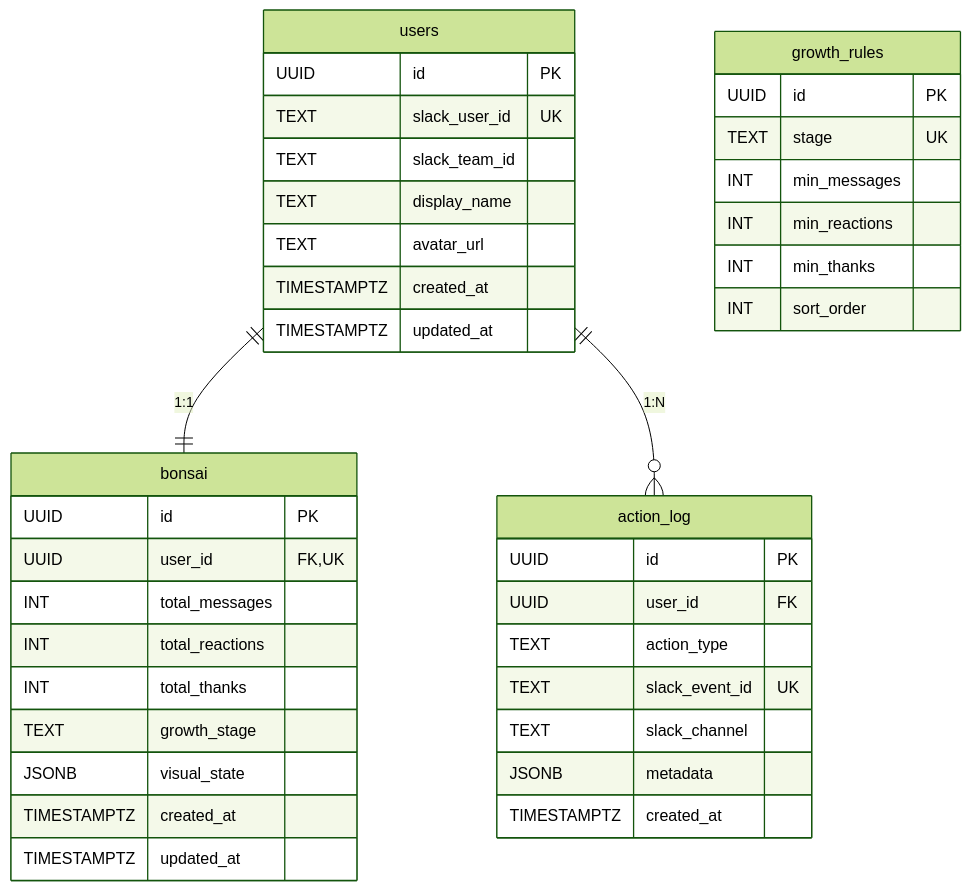
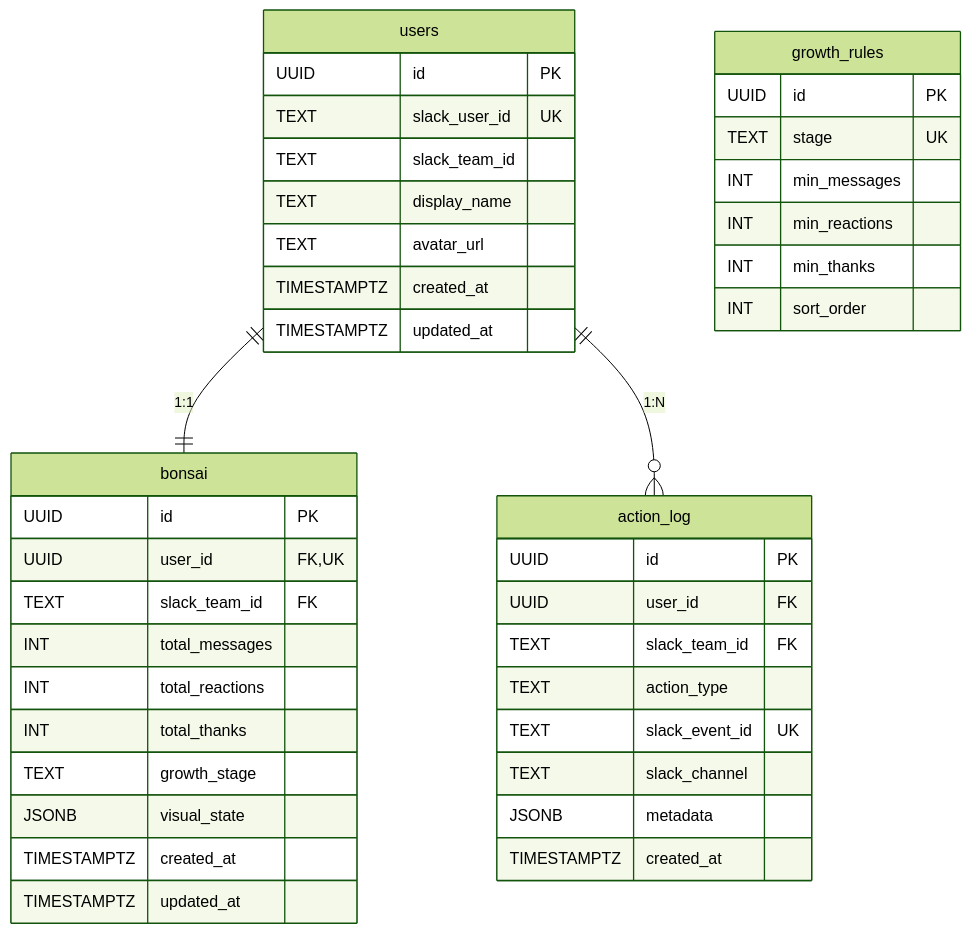
The diagram in docs/data-model.md (katsudon08/tamamori), drawn with Mermaid (forest theme) before and after one commit. The commit also changed other lines of this file and 2 other files, not shown here.

First line of the commit message:
docs: data-model/architecture/api-design に #75 RLS 設計を反映

````diff
--- a/docs/data-model.md
+++ b/docs/data-model.md
@@ -5,46 +5,48 @@
 ```mermaid
 erDiagram
     users ||--|| bonsai : "1:1"
     users ||--o{ action_log : "1:N"
 
     users {
         UUID id PK
         TEXT slack_user_id UK
         TEXT slack_team_id
         TEXT display_name
         TEXT avatar_url
         TIMESTAMPTZ created_at
         TIMESTAMPTZ updated_at
     }
 
     bonsai {
         UUID id PK
         UUID user_id FK,UK
+        TEXT slack_team_id FK
         INT total_messages
         INT total_reactions
         INT total_thanks
         TEXT growth_stage
         JSONB visual_state
         TIMESTAMPTZ created_at
         TIMESTAMPTZ updated_at
     }
 
     action_log {
         UUID id PK
         UUID user_id FK
+        TEXT slack_team_id FK
         TEXT action_type
         TEXT slack_event_id UK
         TEXT slack_channel
         JSONB metadata
         TIMESTAMPTZ created_at
     }
 
     growth_rules {
         UUID id PK
         TEXT stage UK
         INT min_messages
         INT min_reactions
         INT min_thanks
         INT sort_order
     }
 ```
````
